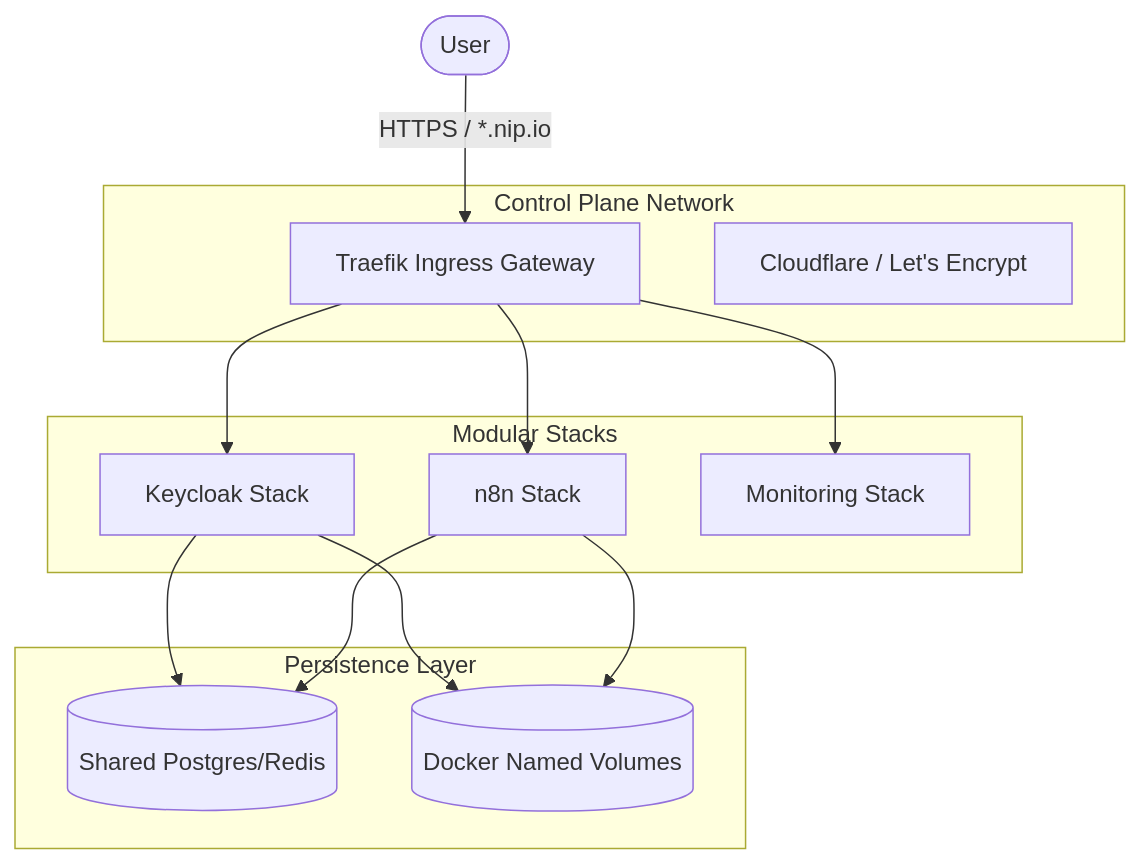
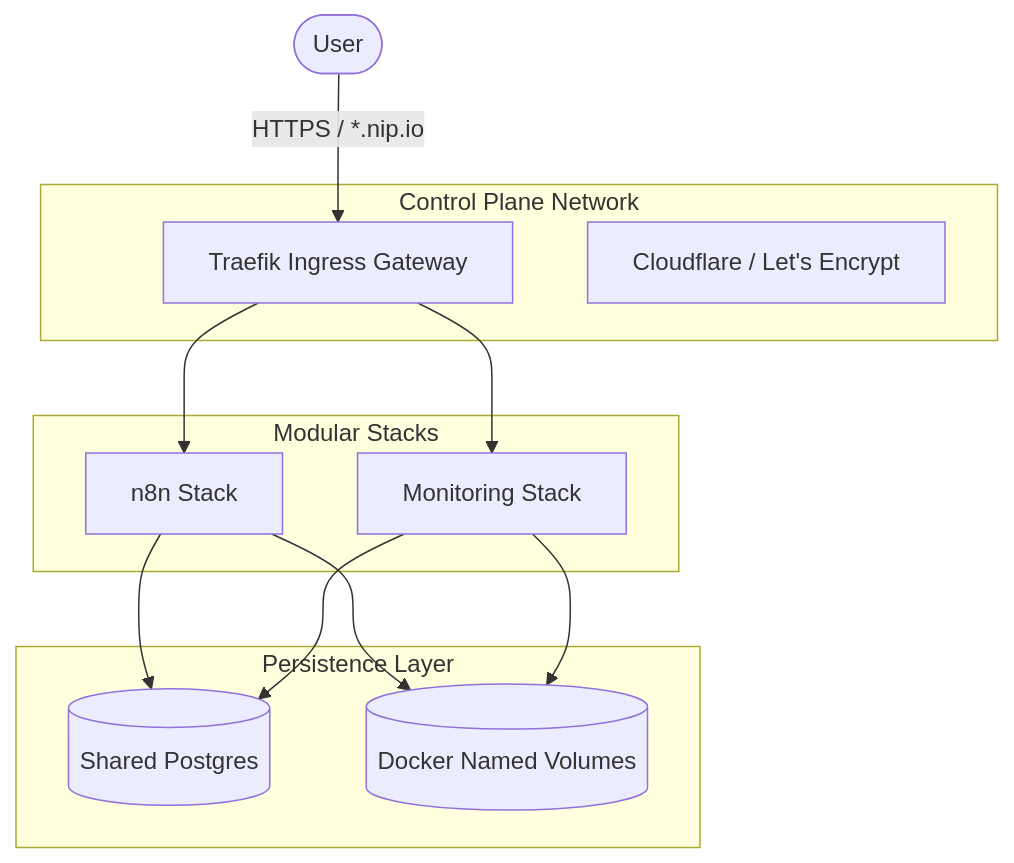
One commit to chinmaymjog/cloudops-sandbox changed the diagram in README.md. Above: the diagram before and after it, drawn with Mermaid. The commit also changed other lines of this file and 30 other files, not shown here.

````diff
--- a/README.md
+++ b/README.md
@@ -13,30 +13,28 @@
 ```mermaid
 graph TD
     User([User]) -->|HTTPS / *.nip.io| Traefik[Traefik Ingress Gateway]
     
     subgraph "Control Plane Network"
         Traefik
         DNS[Cloudflare / Let's Encrypt]
     end
 
     subgraph "Modular Stacks"
-        App1[Keycloak Stack]
-        App2[n8n Stack]
-        App3[Monitoring Stack]
+        App1[n8n Stack]
+        App2[Monitoring Stack]
     end
 
     subgraph "Persistence Layer"
-        DB[(Shared Postgres/Redis)]
+        DB[(Shared Postgres)]
         Vol[(Docker Named Volumes)]
     end
 
     Traefik --> App1
     Traefik --> App2
-    Traefik --> App3
     
     App1 --> DB
     App2 --> DB
     
     App1 --> Vol
     App2 --> Vol
 ```
````
